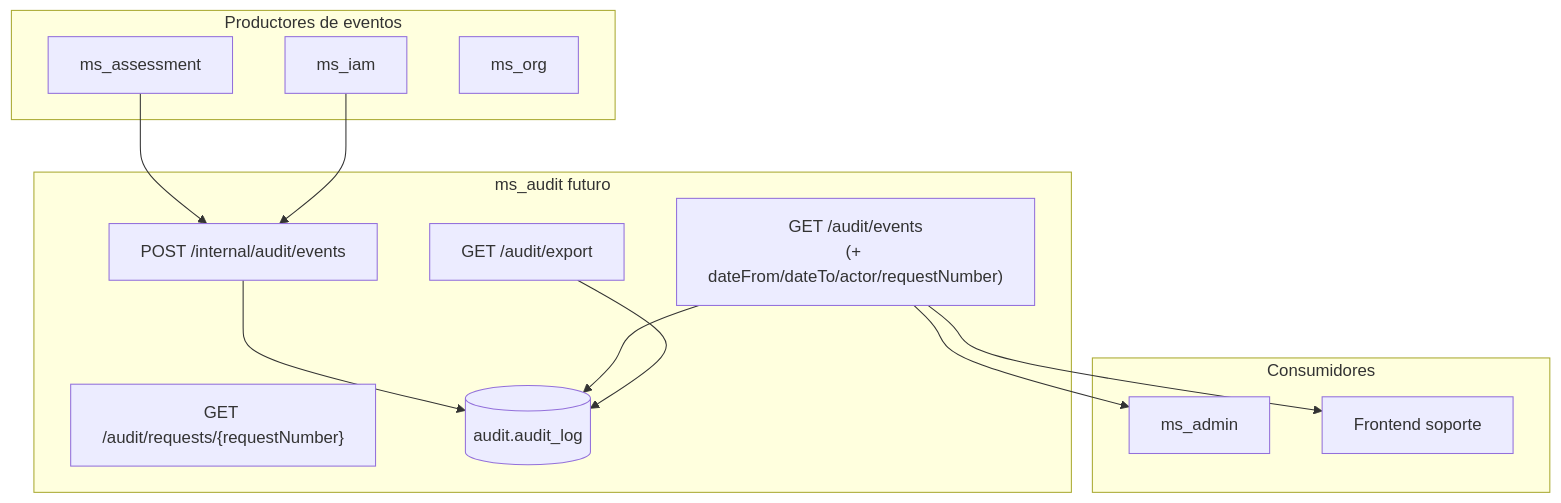
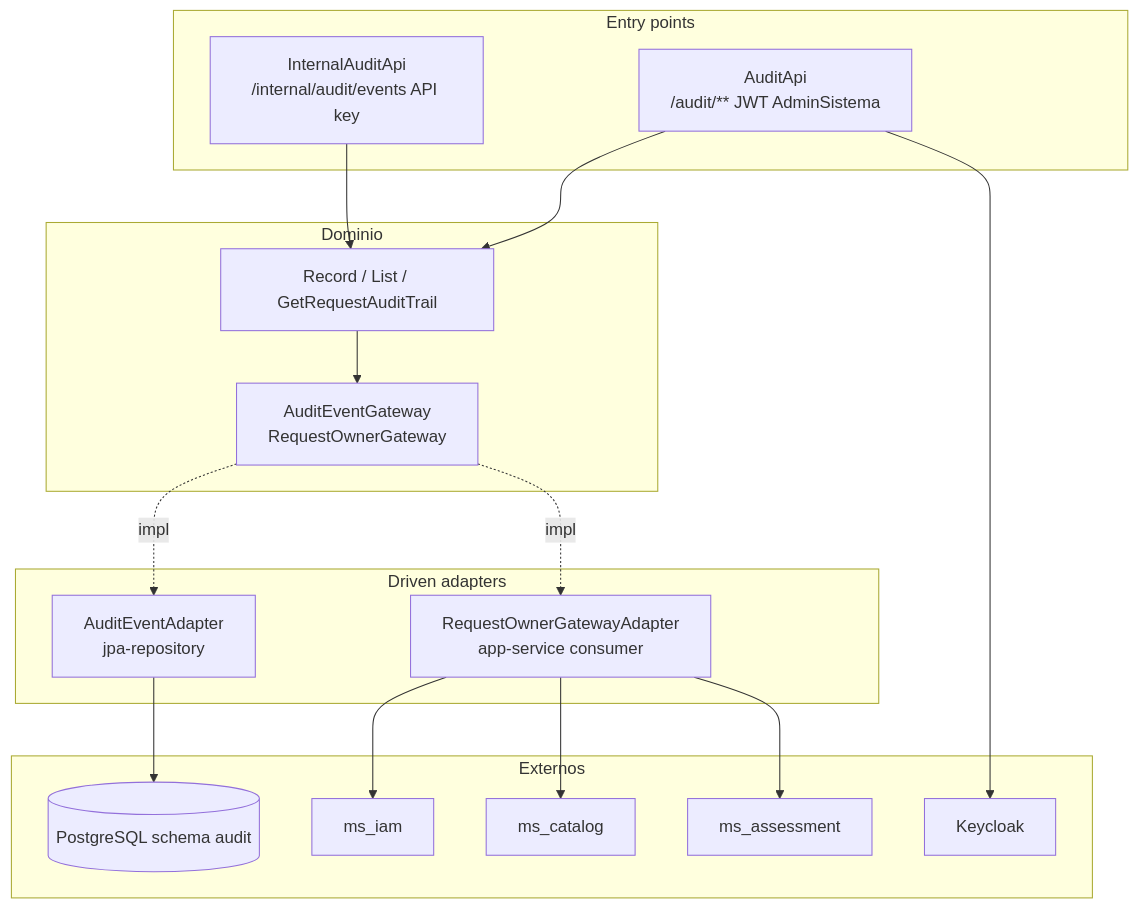
One commit to jdtovar07/MSPI_NVA_CO_DOCS changed the diagram in Documentacion-Backend/ms_audit/03-Diseno.md. Above: the diagram before and after it, drawn with Mermaid. The commit also changed other lines of this file and 6 other files, not shown here.

First line of the commit message:
docs(audit): complete ms_audit SDLC from implemented service

````diff
--- a/Documentacion-Backend/ms_audit/03-Diseno.md
+++ b/Documentacion-Backend/ms_audit/03-Diseno.md
@@ -185,27 +16,36 @@
 ```mermaid
 flowchart TB
-  subgraph Producers["Productores de eventos"]
-    ASM[ms_assessment]
-    IAM2[ms_iam]
-    ORG[ms_org]
+  subgraph Entry["Entry points"]
+    API["AuditApi\n/audit/** JWT AdminSistema"]
+    INT["InternalAuditApi\n/internal/audit/events API key"]
   end
 
-  subgraph AuditMS["ms_audit futuro"]
-    Ingest["POST /internal/audit/events"]
-    Query["GET /audit/events\n(+ dateFrom/dateTo/actor/requestNumber)"]
-    Detail["GET /audit/requests/{requestNumber}"]
-    Export["GET /audit/export"]
-    Ingest --> Store[(audit.audit_log)]
-    Query --> Store
-    Export --> Store
+  subgraph Domain["Dominio"]
+    UC["Record / List / GetRequestAuditTrail"]
+    GW["AuditEventGateway\nRequestOwnerGateway"]
   end
 
-  subgraph Consumers["Consumidores"]
-    ADM[ms_admin]
-    FE[Frontend soporte]
+  subgraph Driven["Driven adapters"]
+    JPA["AuditEventAdapter\njpa-repository"]
+    OWN["RequestOwnerGatewayAdapter\napp-service consumer"]
   end
 
-  ASM --> Ingest
-  IAM2 --> Ingest
-  Query --> ADM & FE
+  subgraph Ext["Externos"]
+    PG[(PostgreSQL schema audit)]
+    IAM[ms_iam]
+    CAT[ms_catalog]
+    ASS[ms_assessment]
+    KC[Keycloak]
+  end
+
+  API --> UC
+  INT --> UC
+  UC --> GW
+  GW -.impl.-> JPA
+  GW -.impl.-> OWN
+  JPA --> PG
+  OWN --> IAM
+  OWN --> CAT
+  OWN --> ASS
+  API --> KC
 ```
````
